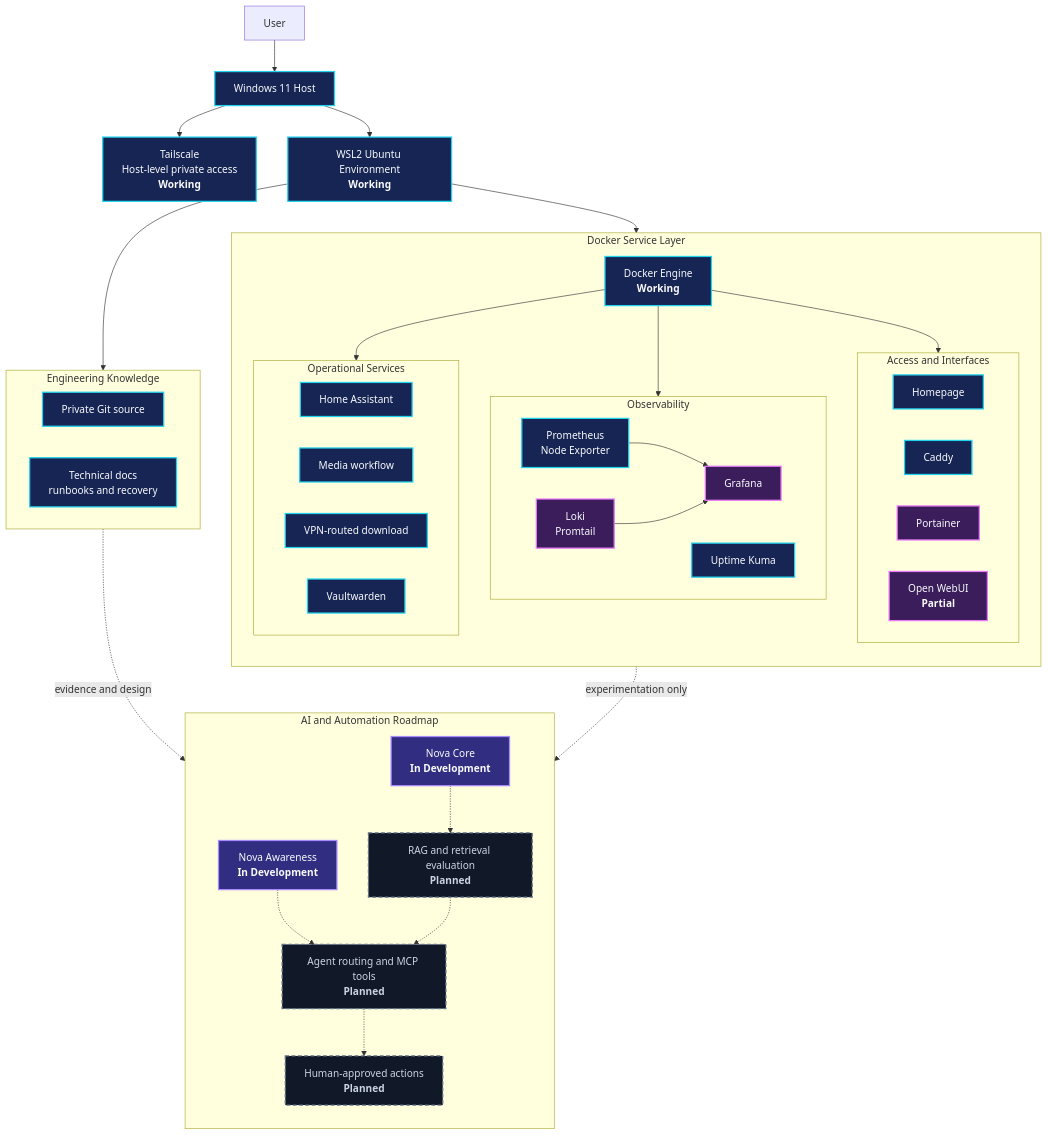
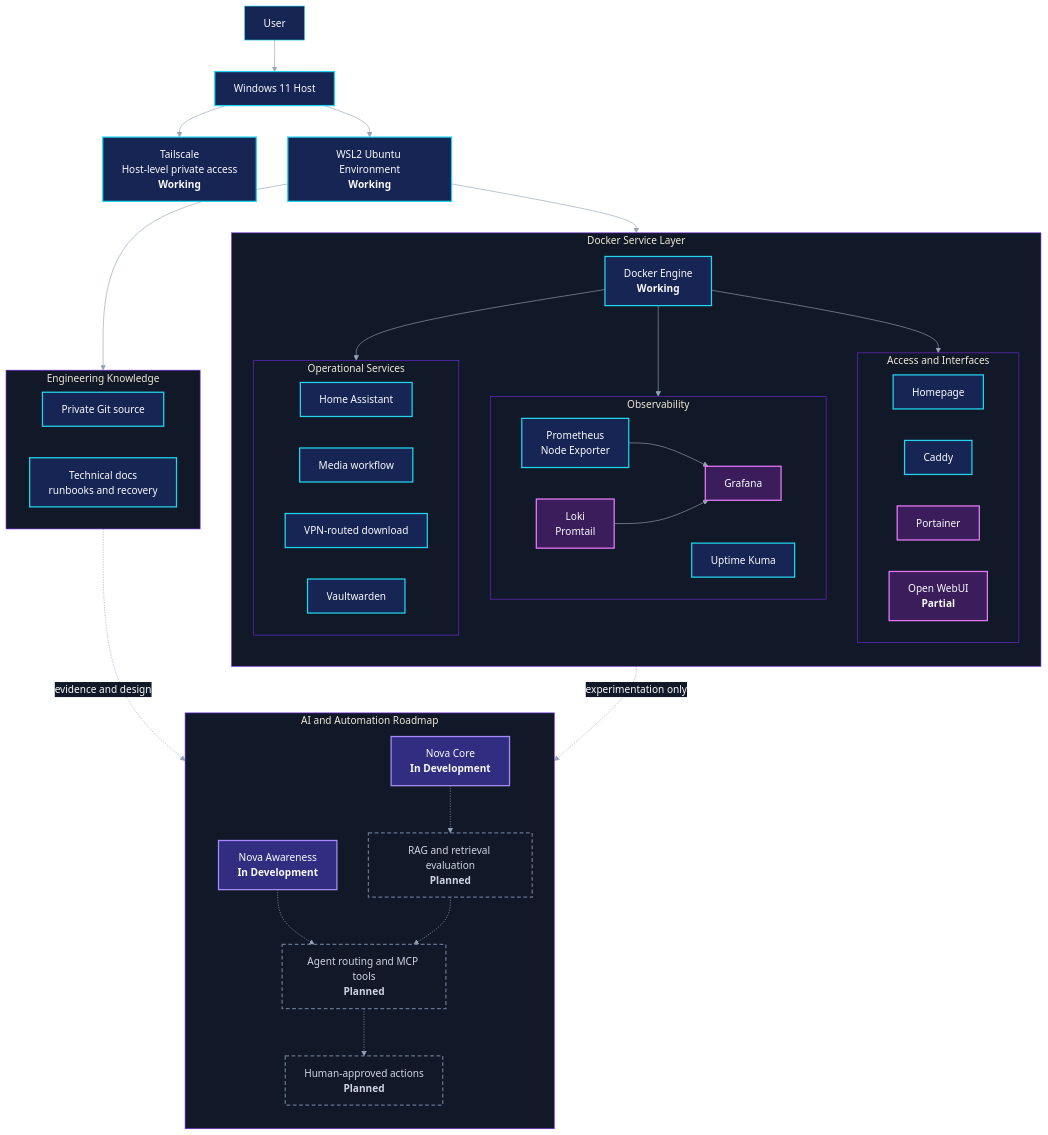
Before and after one commit to Ghostixs/nova-system-overview: the diagram in diagrams/nova-public-architecture.mmd, drawn with Mermaid. The commit also changed 1 other file, not shown here.

Commit message:
style: refine architecture diagram theme

```diff
--- a/diagrams/nova-public-architecture.mmd
+++ b/diagrams/nova-public-architecture.mmd
@@ -1,74 +1,75 @@
+%%{init: {"theme":"base","themeVariables":{"background":"#070b19","primaryColor":"#172554","primaryTextColor":"#f8fafc","primaryBorderColor":"#22d3ee","lineColor":"#94a3b8","secondaryColor":"#2e1065","tertiaryColor":"#111827","clusterBkg":"#111827","clusterBorder":"#6d28d9","edgeLabelBackground":"#111827","fontFamily":"Segoe UI, Inter, Arial, sans-serif"}}}%%
 flowchart TB
   User["User"] --> Host["Windows 11 Host"]
   Host --> Tail["Tailscale<br/>Host-level private access<br/><b>Working</b>"]
   Host --> WSL["WSL2 Ubuntu Environment<br/><b>Working</b>"]
 
   subgraph Runtime["Docker Service Layer"]
     direction TB
     Docker["Docker Engine<br/><b>Working</b>"]
 
     subgraph Access["Access and Interfaces"]
       direction LR
       Home["Homepage"]
       Proxy["Caddy"]
       Admin["Portainer"]
       AIUI["Open WebUI<br/><b>Partial</b>"]
     end
 
     subgraph Observe["Observability"]
       direction LR
       Metrics["Prometheus<br/>Node Exporter"]
       Visual["Grafana"]
       Logs["Loki<br/>Promtail"]
       Uptime["Uptime Kuma"]
     end
 
     subgraph Operations["Operational Services"]
       direction LR
       HA["Home Assistant"]
       Media["Media workflow"]
       VPN["VPN-routed download"]
       Vault["Vaultwarden"]
     end
 
     Docker --> Access
     Docker --> Observe
     Docker --> Operations
     Metrics --> Visual
     Logs --> Visual
   end
 
   WSL --> Docker
 
   subgraph Knowledge["Engineering Knowledge"]
     direction LR
     Git["Private Git source"]
     Docs["Technical docs<br/>runbooks and recovery"]
   end
 
   WSL --> Knowledge
 
   subgraph Roadmap["AI and Automation Roadmap"]
     direction TB
     Core["Nova Core<br/><b>In Development</b>"]
     Awareness["Nova Awareness<br/><b>In Development</b>"]
     Retrieval["RAG and retrieval evaluation<br/><b>Planned</b>"]
     Agents["Agent routing and MCP tools<br/><b>Planned</b>"]
     Approval["Human-approved actions<br/><b>Planned</b>"]
     Core -.-> Retrieval
     Awareness -.-> Agents
     Retrieval -.-> Agents
     Agents -.-> Approval
   end
 
   AIUI -. "experimentation only" .-> Roadmap
   Knowledge -. "evidence and design" .-> Roadmap
 
   classDef working fill:#172554,stroke:#22d3ee,color:#f8fafc,stroke-width:2px
   classDef partial fill:#3b1d5b,stroke:#e879f9,color:#f8fafc,stroke-width:2px
   classDef development fill:#312e81,stroke:#a78bfa,color:#f8fafc,stroke-width:2px
   classDef planned fill:#111827,stroke:#64748b,color:#cbd5e1,stroke-width:2px,stroke-dasharray:6 4
   class Host,Tail,WSL,Docker,Home,Proxy,Metrics,Uptime,HA,Media,VPN,Vault,Git,Docs working
   class Admin,AIUI,Visual,Logs partial
   class Core,Awareness development
   class Retrieval,Agents,Approval planned
```
